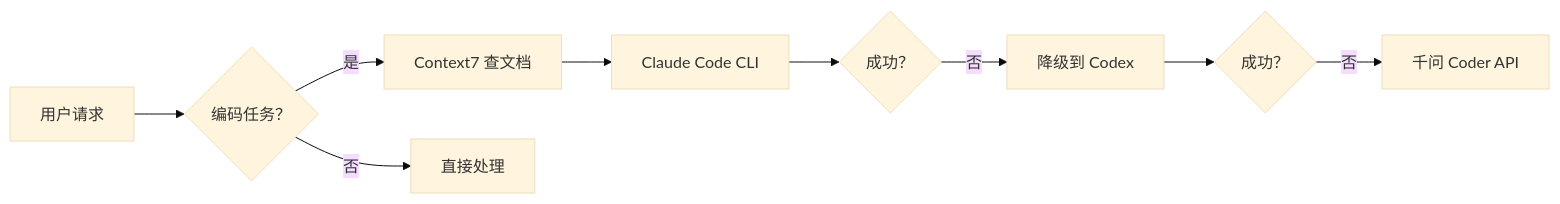
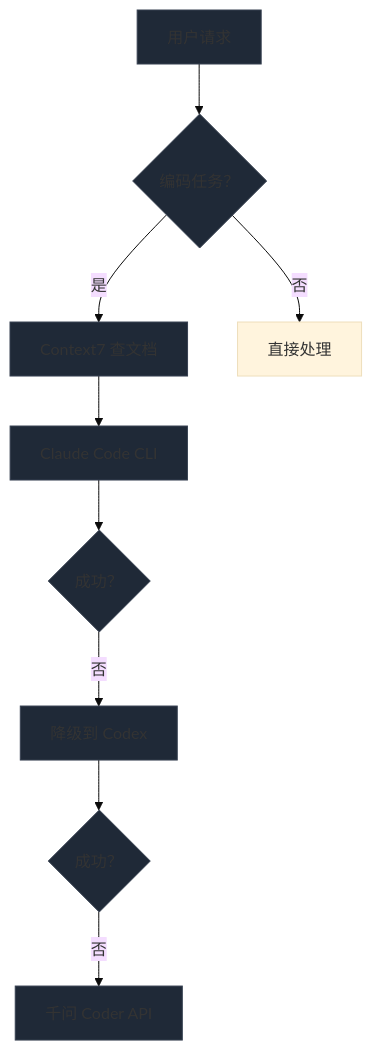
Before and after one commit to laofahai/slidev-ppt-generator: the diagram in demo/openclaw-intro/slides.md, drawn with Mermaid (base theme). The commit also changed other lines of this file and 5 other files, not shown here.

````diff
--- a/demo/openclaw-intro/slides.md
+++ b/demo/openclaw-intro/slides.md
@@ -180,11 +283,20 @@
 ```mermaid
-graph LR
+graph TD
   A[用户请求] --> B{编码任务？}
   B -->|是 | C[Context7 查文档]
   B -->|否 | D[直接处理]
   C --> E[Claude Code CLI]
   E --> F{成功？}
   F -->|否 | G[降级到 Codex]
   G --> H{成功？}
   H -->|否 | I[千问 Coder API]
+  
+  style A fill:#1f2937,stroke:#374151
+  style B fill:#1f2937,stroke:#374151
+  style C fill:#1f2937,stroke:#374151
+  style E fill:#1f2937,stroke:#374151
+  style F fill:#1f2937,stroke:#374151
+  style G fill:#1f2937,stroke:#374151
+  style H fill:#1f2937,stroke:#374151
+  style I fill:#1f2937,stroke:#374151
 ```
````
